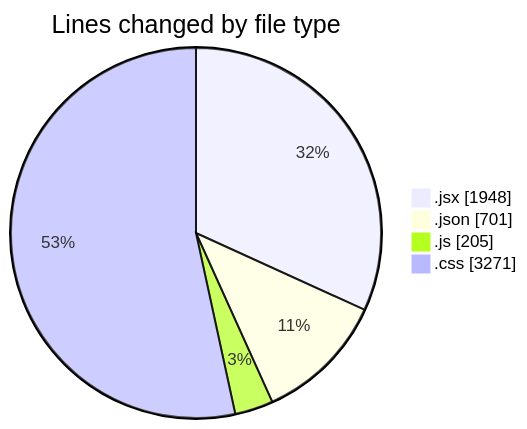
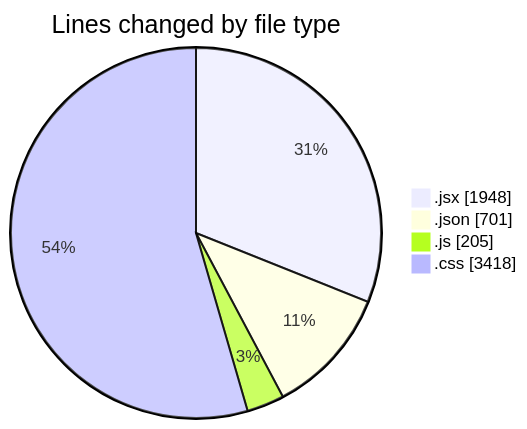
One commit to BS-eng2023/code-tracking changed the first of 2 diagrams in 2025-05-04/project/README.md. Above: the diagram before and after it, drawn with Mermaid. The commit also changed other lines of this file and 1 other file, not shown here.

````diff
--- a/2025-05-04/project/README.md
+++ b/2025-05-04/project/README.md
@@ -43,8 +43,8 @@
 ```mermaid
 pie showData
 title Lines changed by file type
 ".jsx" : 1948
 ".json" : 701
 ".js" : 205
-".css" : 3271
+".css" : 3418
 ```
````
